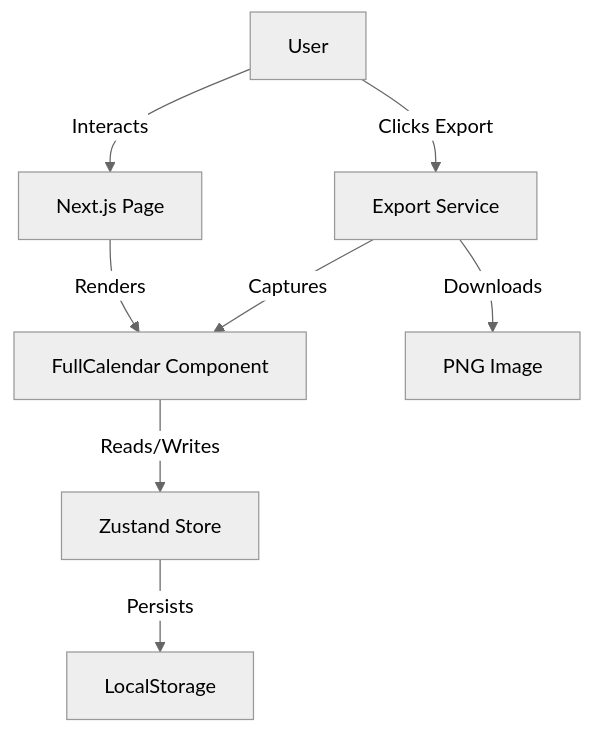
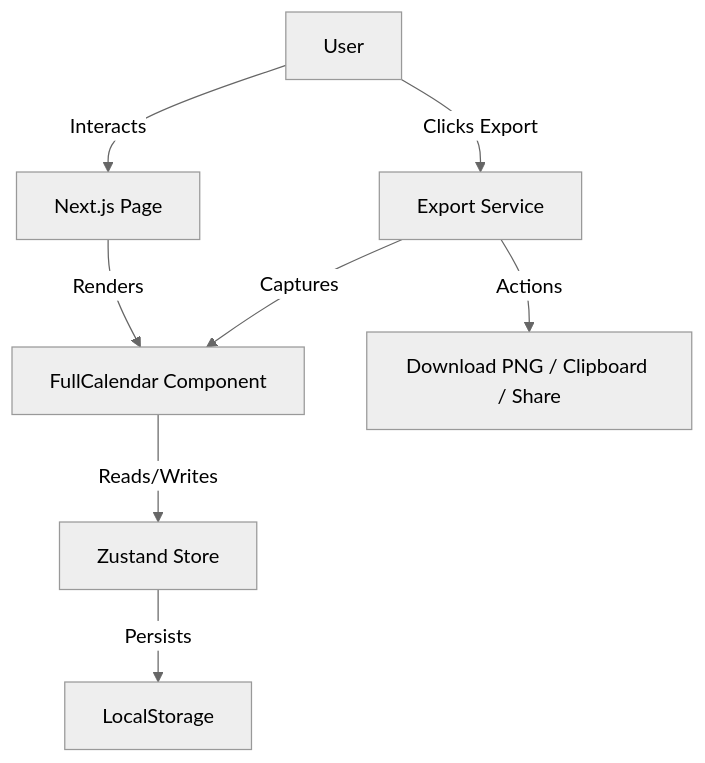
The diagram in docs/TechnicalDesign.md (hangxigood/LightShift), drawn with Mermaid (neutral theme) before and after one commit. The commit also changed other lines of this file and 10 other files, not shown here.

````diff
--- a/docs/TechnicalDesign.md
+++ b/docs/TechnicalDesign.md
@@ -18,10 +18,10 @@
 ```mermaid
 graph TD
     A[User] -->|Interacts| B[Next.js Page]
     B -->|Renders| C[FullCalendar Component]
     C -->|Reads/Writes| D[Zustand Store]
     D -->|Persists| E[LocalStorage]
     A -->|Clicks Export| F[Export Service]
     F -->|Captures| C
-    F -->|Downloads| G[PNG Image]
+    F -->|Actions| G[Download PNG / Clipboard / Share]
 ```
````
